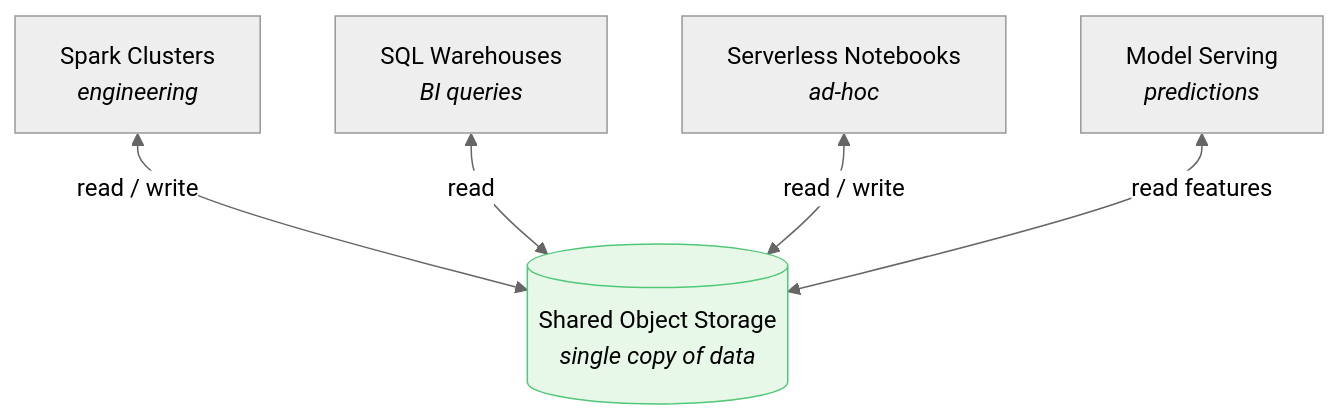
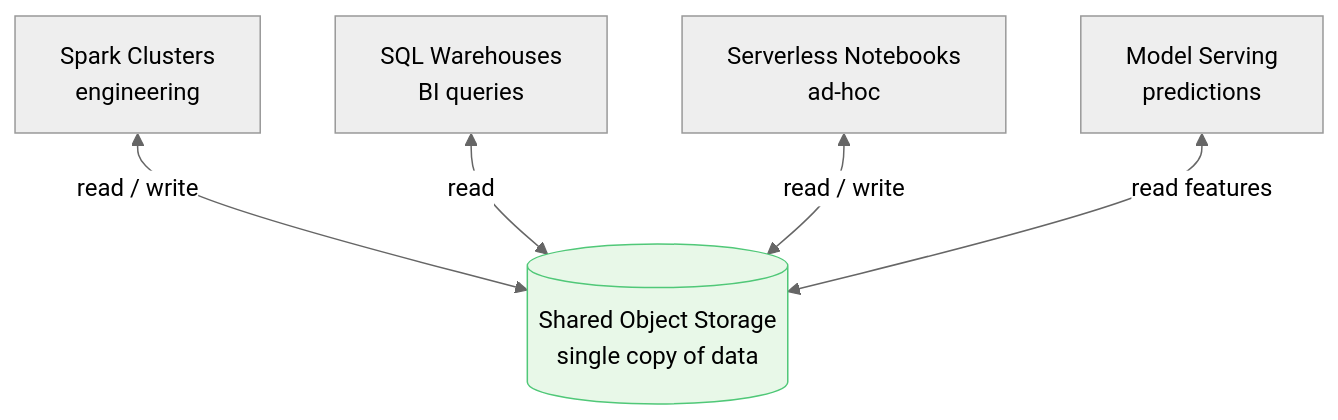
The seventh of 8 diagrams in data-architecture/data-lakehouse.md (adnanrahin/adnanrahin.github.io), drawn with Mermaid (neutral theme) before and after one commit. The commit also changed other lines of this file and 3 other files, not shown here.

Commit message:
updated the flowchart

````diff
--- a/data-architecture/data-lakehouse.md
+++ b/data-architecture/data-lakehouse.md
@@ -241,16 +236,16 @@
 ```mermaid
 flowchart TD
-    STORAGE[("Shared Object Storage<br/><i>single copy of data</i>")]
+    STORAGE[("Shared Object Storage<br/>single copy of data")]
 
-    SPARK["Spark Clusters<br/><i>engineering</i>"]
-    SQLW["SQL Warehouses<br/><i>BI queries</i>"]
-    NB["Serverless Notebooks<br/><i>ad-hoc</i>"]
-    SERVE["Model Serving<br/><i>predictions</i>"]
+    SPARK["Spark Clusters<br/>engineering"]
+    SQLW["SQL Warehouses<br/>BI queries"]
+    NB["Serverless Notebooks<br/>ad-hoc"]
+    SERVE["Model Serving<br/>predictions"]
 
     SPARK <-->|read / write| STORAGE
     SQLW <-->|read| STORAGE
     NB <-->|read / write| STORAGE
     SERVE <-->|read features| STORAGE
 
     style STORAGE fill:#E8F8E8,stroke:#50C878
 ```
````
